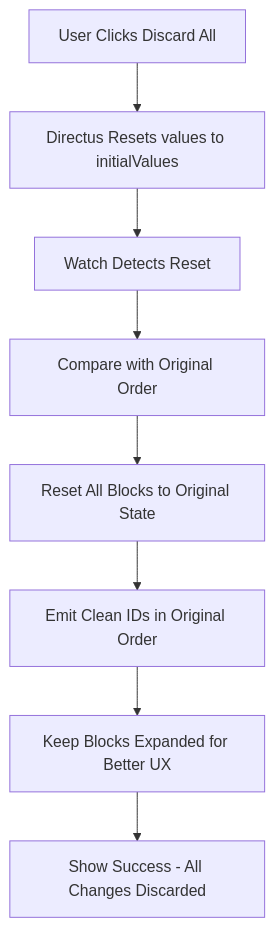
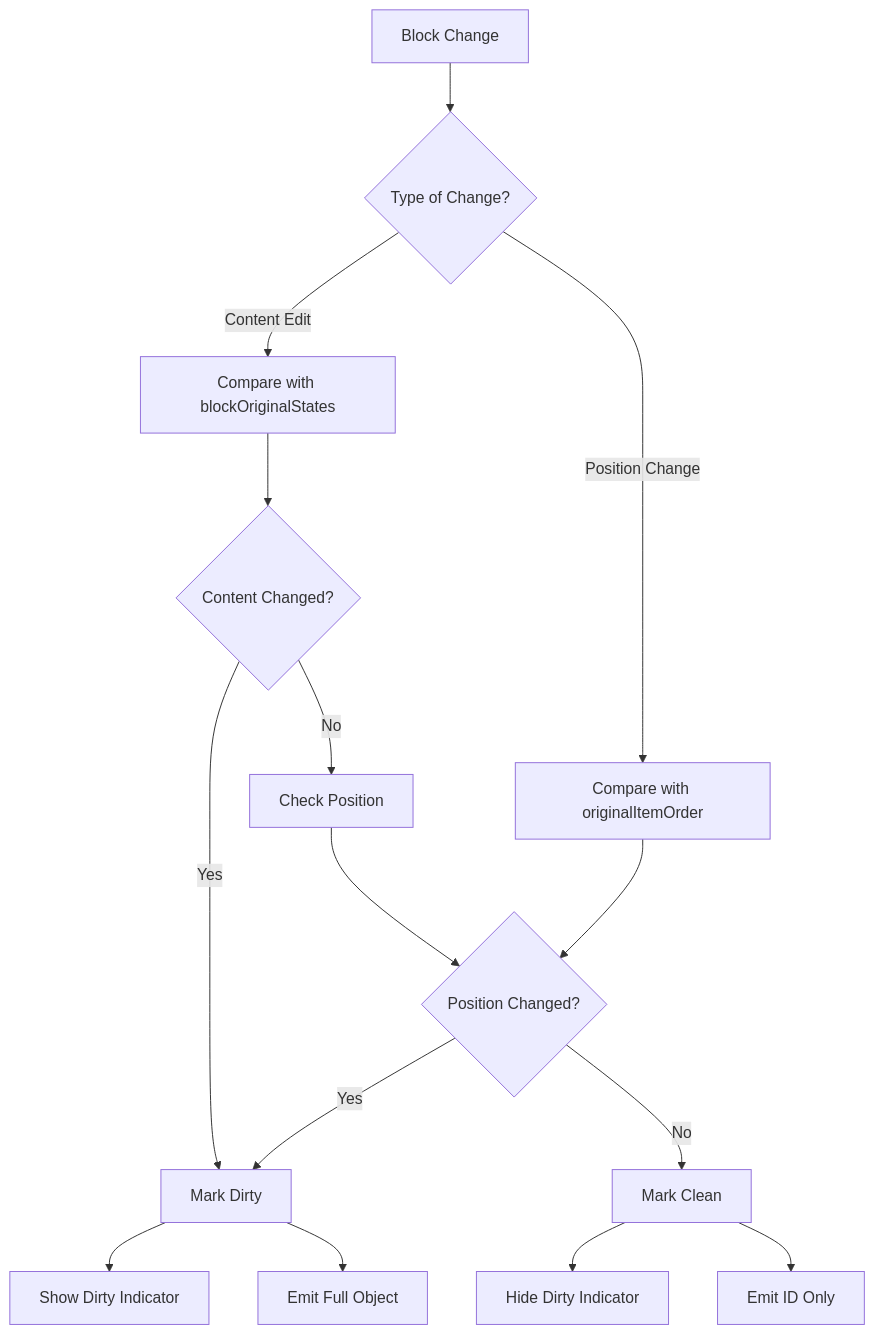
Diagram 11 of 14 in ARCHITECTURE.md (smartlabsAT/directus-expandable-blocks), drawn with Mermaid before and after one commit. The commit also changed other lines of this file, not shown here.

First line of the commit message:
docs: add comprehensive store architecture documentation

````diff
--- a/ARCHITECTURE.md
+++ b/ARCHITECTURE.md
@@ -242,10 +1211,24 @@
 ```mermaid
-graph TD
-    A[User Clicks Discard All] --> B[Directus Resets values to initialValues]
-    B --> C[Watch Detects Reset]
-    C --> D[Compare with Original Order]
-    D --> E[Reset All Blocks to Original State]
-    E --> F[Emit Clean IDs in Original Order]
-    F --> G[Keep Blocks Expanded for Better UX]
-    G --> H[Show Success - All Changes Discarded]
+flowchart TD
+    A[Block Change] --> B{Type of Change?}
+    
+    B -->|Content Edit| C[Compare with blockOriginalStates]
+    B -->|Position Change| D[Compare with originalItemOrder]
+    
+    C --> E{Content Changed?}
+    D --> F{Position Changed?}
+    
+    E -->|Yes| G[Mark Dirty]
+    E -->|No| H[Check Position]
+    
+    F -->|Yes| G
+    F -->|No| I[Mark Clean]
+    
+    H --> F
+    
+    G --> J[Show Dirty Indicator]
+    G --> K[Emit Full Object]
+    
+    I --> L[Hide Dirty Indicator]
+    I --> M[Emit ID Only]
 ```
````
